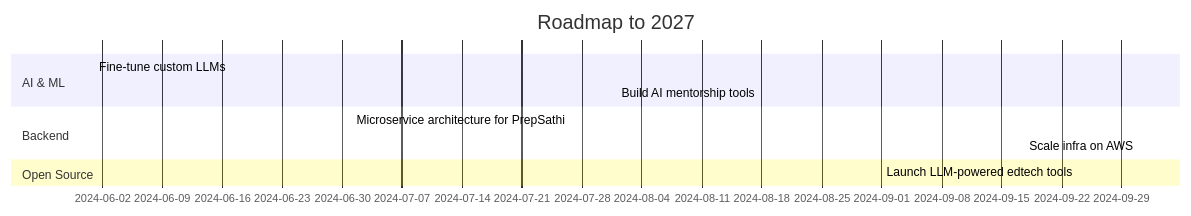
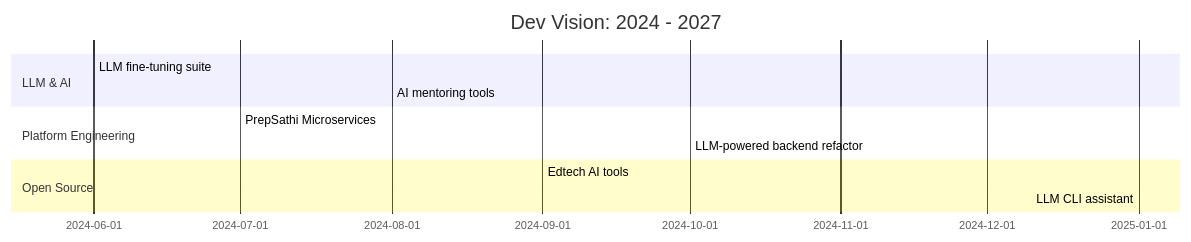
Before and after one commit to keshav0730/keshav0730: the diagram in README.md, drawn with Mermaid. The commit also changed other lines of this file, not shown here.

````diff
--- a/README.md
+++ b/README.md
@@ -57,12 +57,13 @@
 ```mermaid
 gantt
-  title Roadmap to 2027
-  section AI & ML
-    Fine-tune custom LLMs :done, 2024-06, 2m
-    Build AI mentorship tools :active, 2024-08, 3m
-  section Backend
-    Microservice architecture for PrepSathi :active, 2024-07, 4m
-    Scale infra on AWS :2024-10, 3m
+  title Dev Vision: 2024 - 2027
+  section LLM & AI
+    LLM fine-tuning suite :done, 2024-06, 2m
+    AI mentoring tools :active, 2024-08, 3m
+  section Platform Engineering
+    PrepSathi Microservices :active, 2024-07, 4m
+    LLM-powered backend refactor :2024-10, 3m
   section Open Source
-    Launch LLM-powered edtech tools :2024-09, 2m
+    Edtech AI tools :2024-09, 2m
+    LLM CLI assistant :2025-01, 1m
 ```
````
